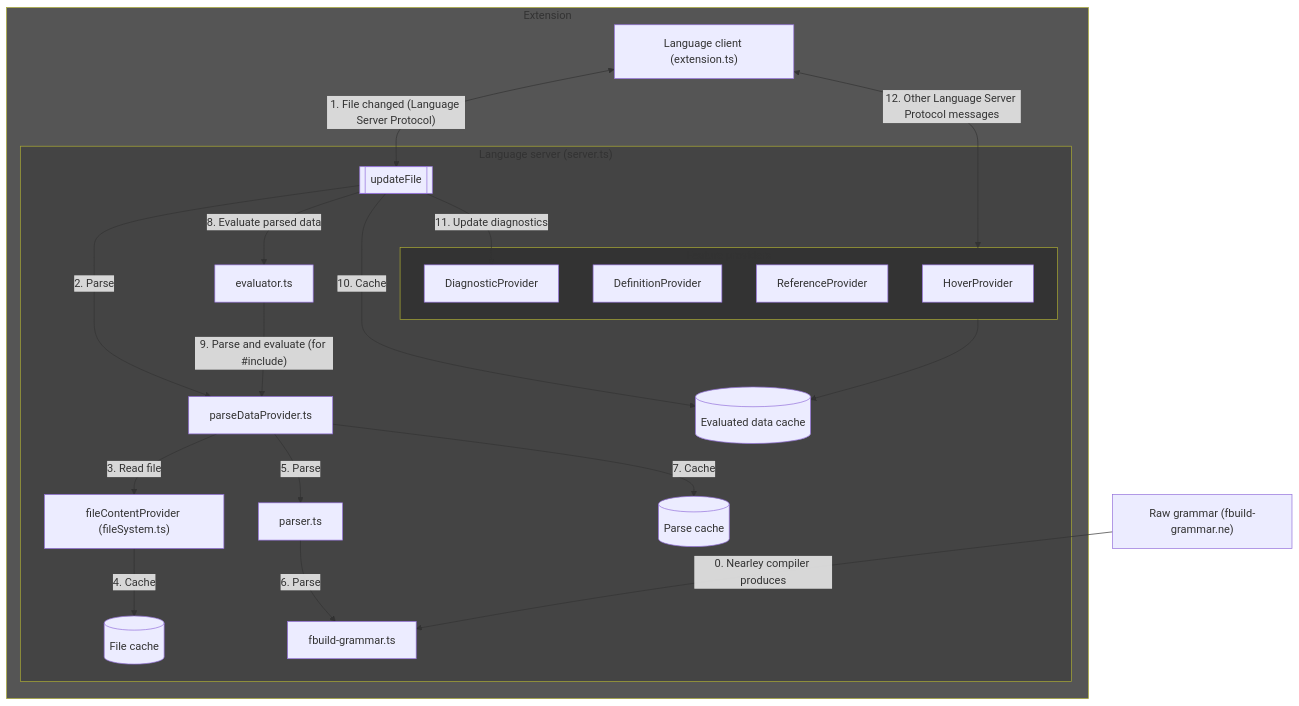
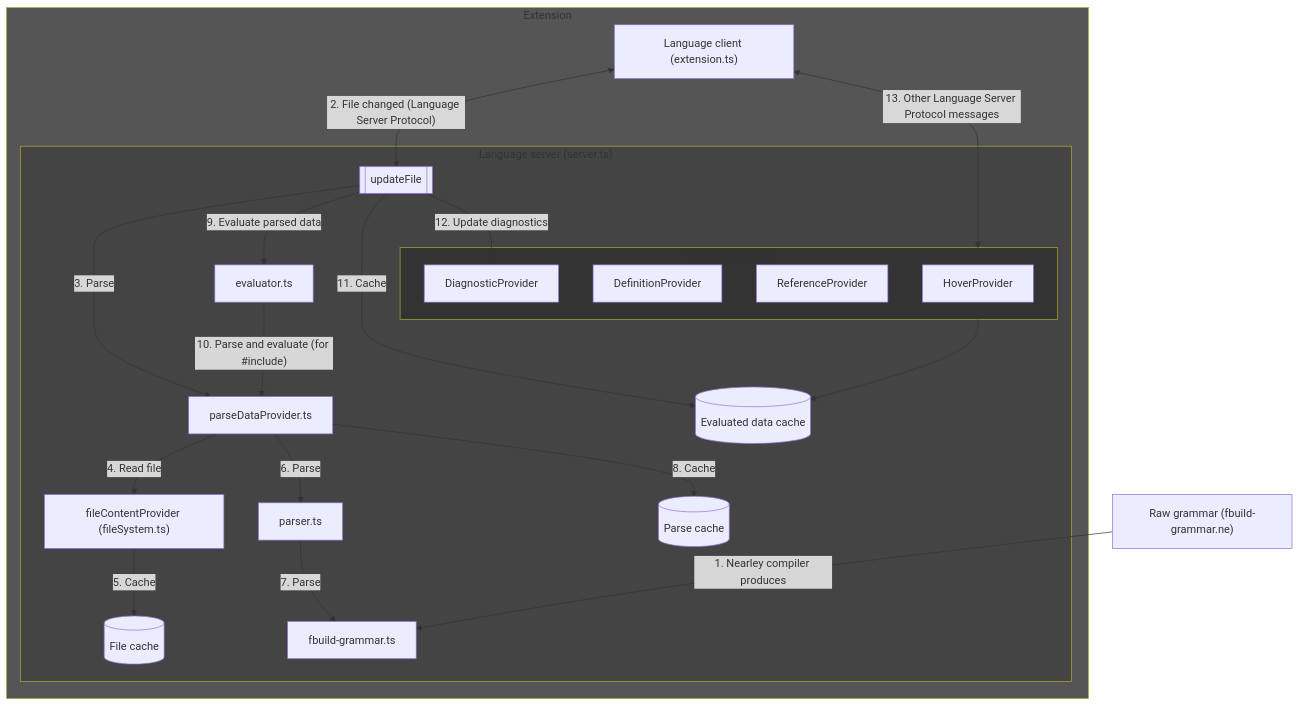
The diagram in CONTRIBUTING.md (harrisont/fastbuild-vscode), drawn with Mermaid before and after one commit. The commit also changed other lines of this file, not shown here.

````diff
--- a/CONTRIBUTING.md
+++ b/CONTRIBUTING.md
@@ -35,33 +44,33 @@
 ```mermaid
 flowchart TB
-    RawGrammar["Raw grammar (fbuild-grammar.ne)"] -->|0. Nearley compiler produces| CompiledGrammar[fbuild-grammar.ts]
+    RawGrammar["Raw grammar (fbuild-grammar.ne)"] -->|1. Nearley compiler produces| CompiledGrammar[fbuild-grammar.ts]
     subgraph Extension
-        LanguageClient["Language client (extension.ts)"] <-->|"1. File changed (Language Server Protocol)"| FileUpdate[[updateFile]]
+        LanguageClient["Language client (extension.ts)"] <-->|"2. File changed (Language Server Protocol)"| FileUpdate[[updateFile]]
         subgraph LanguageServer["Language server (server.ts)"]
-            FileUpdate -->|2. Parse| ParseDataProvider[parseDataProvider.ts]
-            ParseDataProvider -->|3. Read file| FileContentProvider["fileContentProvider (fileSystem.ts)"]
-            FileContentProvider -->|4. Cache| FileCache[(File cache)]
-            ParseDataProvider -->|5. Parse| Parser[parser.ts]
-            Parser -->|6. Parse| CompiledGrammar
-            ParseDataProvider -->|7. Cache| ParseCache[(Parse cache)]
-            FileUpdate -->|8. Evaluate parsed data| Evaluator[evaluator.ts]
-            Evaluator -->|"9. Parse and evaluate (for #include)"| ParseDataProvider
-            FileUpdate -->|10. Cache| EvaluatedDataCache[(Evaluated data cache)]
+            FileUpdate -->|3. Parse| ParseDataProvider[parseDataProvider.ts]
+            ParseDataProvider -->|4. Read file| FileContentProvider["fileContentProvider (fileSystem.ts)"]
+            FileContentProvider -->|5. Cache| FileCache[(File cache)]
+            ParseDataProvider -->|6. Parse| Parser[parser.ts]
+            Parser -->|7. Parse| CompiledGrammar
+            ParseDataProvider -->|8. Cache| ParseCache[(Parse cache)]
+            FileUpdate -->|9. Evaluate parsed data| Evaluator[evaluator.ts]
+            Evaluator -->|"10. Parse and evaluate (for #include)"| ParseDataProvider
+            FileUpdate -->|11. Cache| EvaluatedDataCache[(Evaluated data cache)]
 
             subgraph FeatureProviders[Feature providers]
                 HoverProvider
                 DefinitionProvider
                 ReferenceProvider
                 DiagnosticProvider
             end
             FeatureProviders --> EvaluatedDataCache
 
-            FileUpdate -->|11. Update diagnostics| DiagnosticProvider
+            FileUpdate -->|12. Update diagnostics| DiagnosticProvider
         end
-        LanguageClient <-->|12. Other Language Server Protocol messages| FeatureProviders
+        LanguageClient <-->|13. Other Language Server Protocol messages| FeatureProviders
     end
 
     style Extension fill:#555
     style LanguageServer fill:#444
     style FeatureProviders fill:#333
 ```
````
